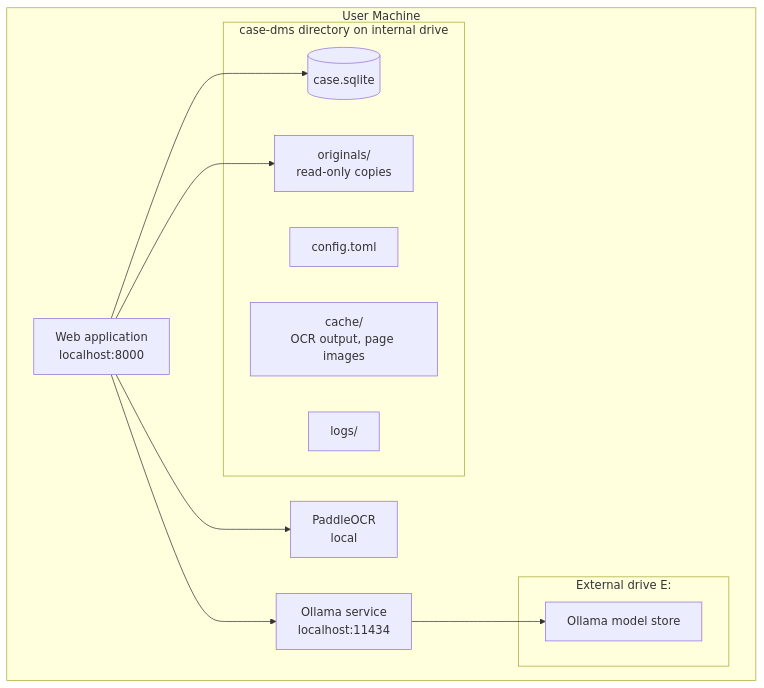
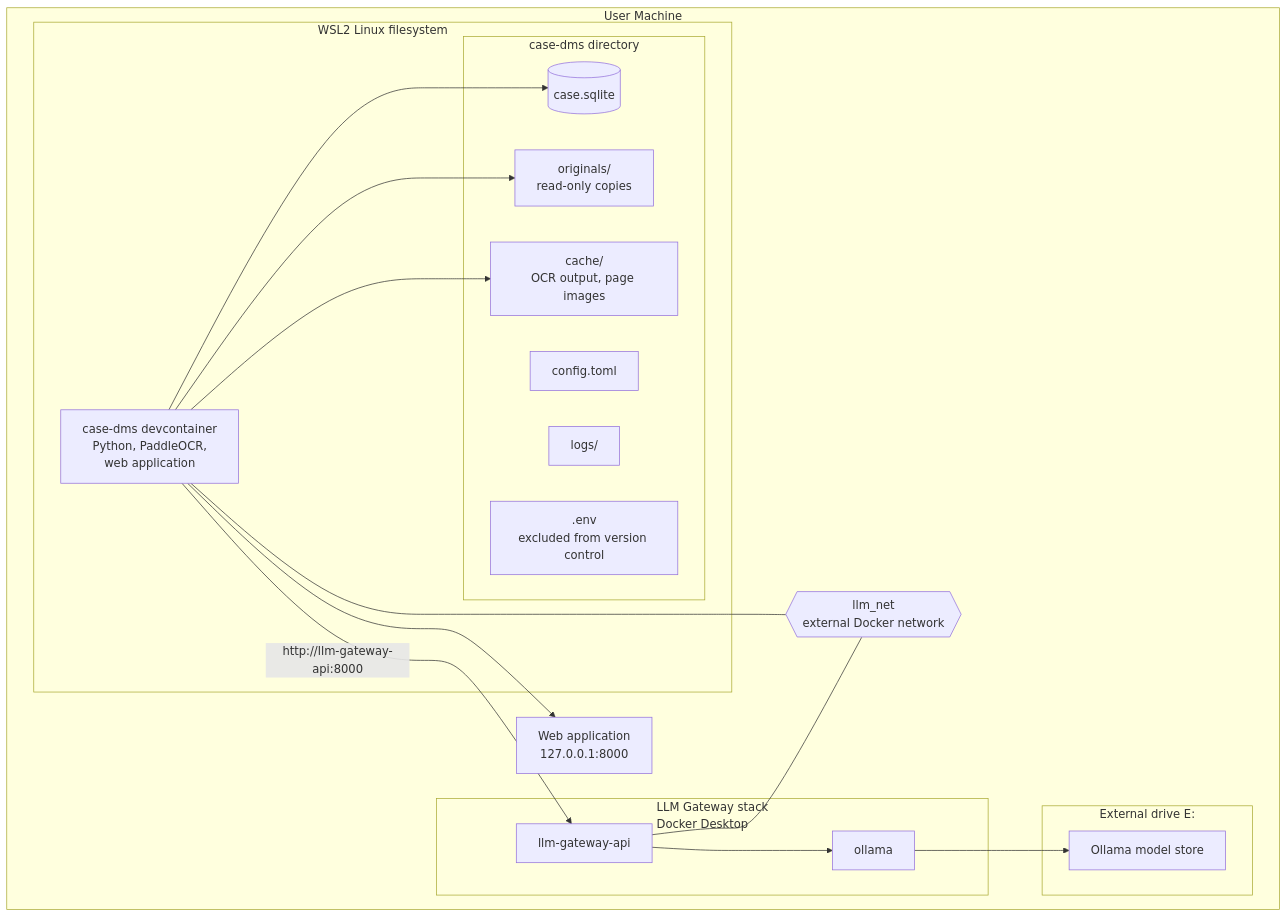
Diagram 20 of 23 in ARCHITECTURE.md (mitchell-richie/DOCUMENT_STORE), drawn with Mermaid before and after one commit. The commit also changed other lines of this file and 1 other file, not shown here.

Commit message:
Update approach to leverage existing local LLM Gateway

````diff
--- a/ARCHITECTURE.md
+++ b/ARCHITECTURE.md
@@ -614,23 +656,38 @@
 ```mermaid
 flowchart TB
     subgraph Machine[User Machine]
-        subgraph Project[case-dms directory on internal drive]
-            Config[config.toml]
-            DBFile[(case.sqlite)]
-            Store[originals/<br/>read-only copies]
-            Cache[cache/<br/>OCR output, page images]
-            Logs[logs/]
+        subgraph WSL[WSL2 Linux filesystem]
+            subgraph Project[case-dms directory]
+                Config[config.toml]
+                DBFile[(case.sqlite)]
+                Store[originals/<br/>read-only copies]
+                Cache[cache/<br/>OCR output, page images]
+                Logs[logs/]
+                Env[.env<br/>excluded from version control]
+            end
+            Devc[case-dms devcontainer<br/>Python, PaddleOCR,<br/>web application]
         end
+
+        subgraph GWStack[LLM Gateway stack<br/>Docker Desktop]
+            GWAPI[llm-gateway-api]
+            OllamaSvc[ollama]
+        end
+
         subgraph External[External drive E:]
             Models[Ollama model store]
         end
-        OllamaSvc[Ollama service<br/>localhost:11434]
-        PaddleSvc[PaddleOCR<br/>local]
-        WebApp[Web application<br/>localhost:8000]
+
+        LLMNet{{llm_net<br/>external Docker network}}
+        WebApp[Web application<br/>127.0.0.1:8000]
     end
-    WebApp --> DBFile
-    WebApp --> OllamaSvc
-    WebApp --> PaddleSvc
-    WebApp --> Store
+
+    Devc --- LLMNet
+    GWAPI --- LLMNet
+    Devc --> DBFile
+    Devc --> Store
+    Devc --> Cache
+    Devc --> WebApp
+    Devc -->|http://llm-gateway-api:8000| GWAPI
+    GWAPI --> OllamaSvc
     OllamaSvc --> Models
 ```
````
